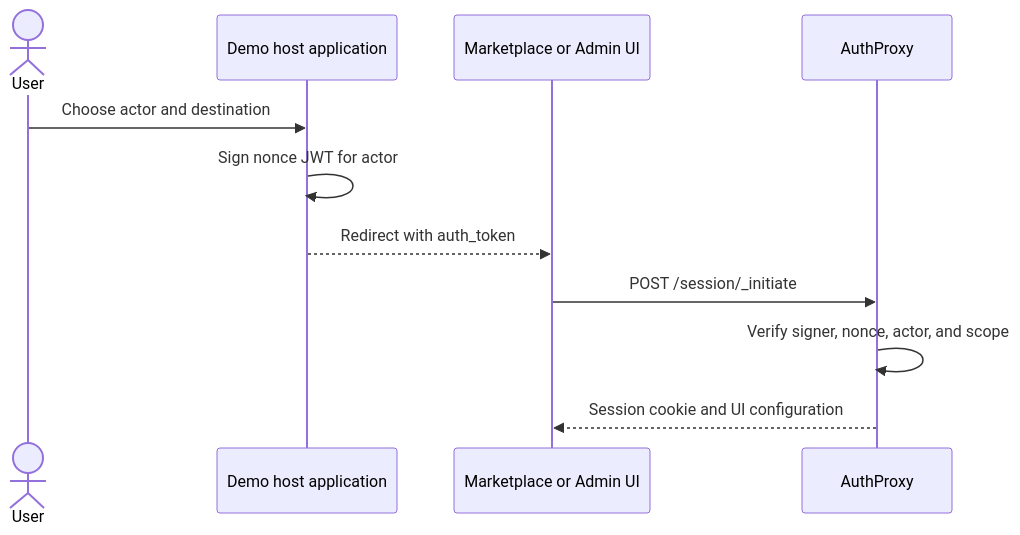
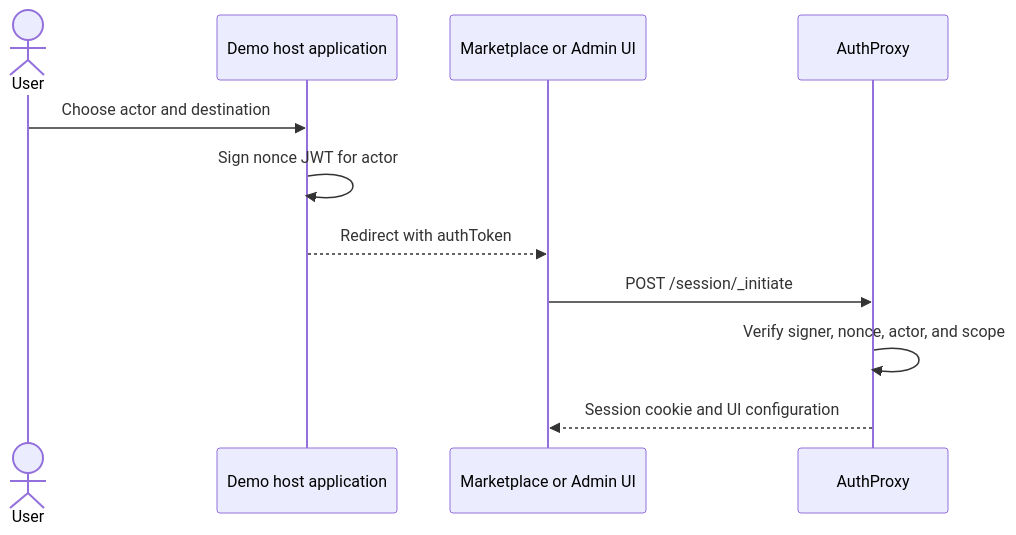
One commit to rmorlok/authproxy changed the diagram in docs/src/content/docs/getting-started/demo.md. Above: the diagram before and after it, drawn with Mermaid. The commit also changed 23 other files, not shown here.

````diff
--- a/docs/src/content/docs/getting-started/demo.md
+++ b/docs/src/content/docs/getting-started/demo.md
@@ -23,14 +23,14 @@
 ```mermaid
 sequenceDiagram
     actor User
     participant Shell as Demo host application
     participant UI as Marketplace or Admin UI
     participant AP as AuthProxy
 
     User->>Shell: Choose actor and destination
     Shell->>Shell: Sign nonce JWT for actor
-    Shell-->>UI: Redirect with auth_token
+    Shell-->>UI: Redirect with authToken
     UI->>AP: POST /session/_initiate
     AP->>AP: Verify signer, nonce, actor, and scope
     AP-->>UI: Session cookie and UI configuration
 ```
````
